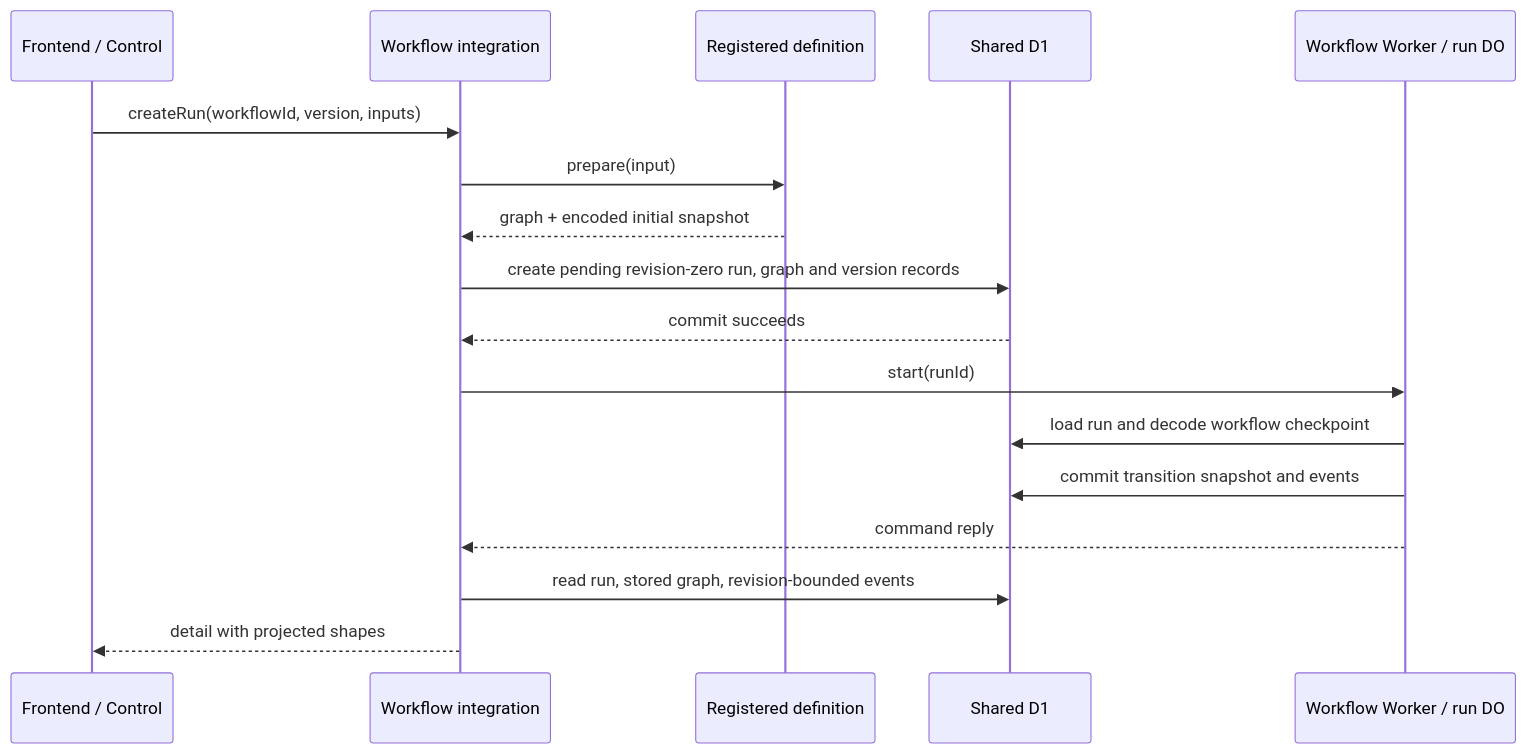
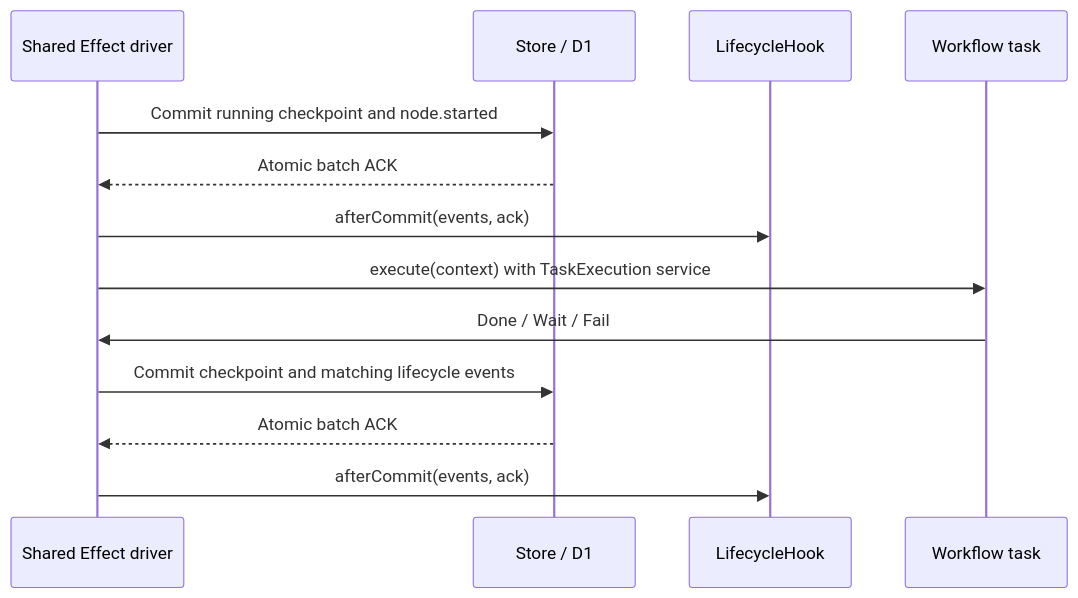
The second of 3 diagrams in docs/workflow-graphs.md (totto2727-org/flowdeck), drawn with Mermaid before and after one commit. The commit also changed other lines of this file and 25 other files, not shown here.

Commit message:
feat: share Effect Machine workflow execution and graph definitions

````diff
--- a/docs/workflow-graphs.md
+++ b/docs/workflow-graphs.md
@@ -102,19 +143,15 @@
 ```mermaid
 sequenceDiagram
-  participant Caller as Frontend / Control
-  participant Integration as Workflow integration
-  participant Definition as Registered definition
-  participant DB as Shared D1
-  participant Executor as Workflow Worker / run DO
-  Caller->>Integration: createRun(workflowId, version, inputs)
-  Integration->>Definition: prepare(input)
-  Definition-->>Integration: graph + encoded initial snapshot
-  Integration->>DB: create pending revision-zero run, graph and version records
-  DB-->>Integration: commit succeeds
-  Integration->>Executor: start(runId)
-  Executor->>DB: load run and decode workflow checkpoint
-  Executor->>DB: commit transition snapshot and events
-  Executor-->>Integration: command reply
-  Integration->>DB: read run, stored graph, revision-bounded events
-  Integration-->>Caller: detail with projected shapes
+  participant Driver as Shared Effect driver
+  participant Store as Store / D1
+  participant Hook as LifecycleHook
+  participant Task as Workflow task
+  Driver->>Store: Commit running checkpoint and node.started
+  Store-->>Driver: Atomic batch ACK
+  Driver->>Hook: afterCommit(events, ack)
+  Driver->>Task: execute(context) with TaskExecution service
+  Task->>Driver: Done / Wait / Fail
+  Driver->>Store: Commit checkpoint and matching lifecycle events
+  Store-->>Driver: Atomic batch ACK
+  Driver->>Hook: afterCommit(events, ack)
 ```
````
